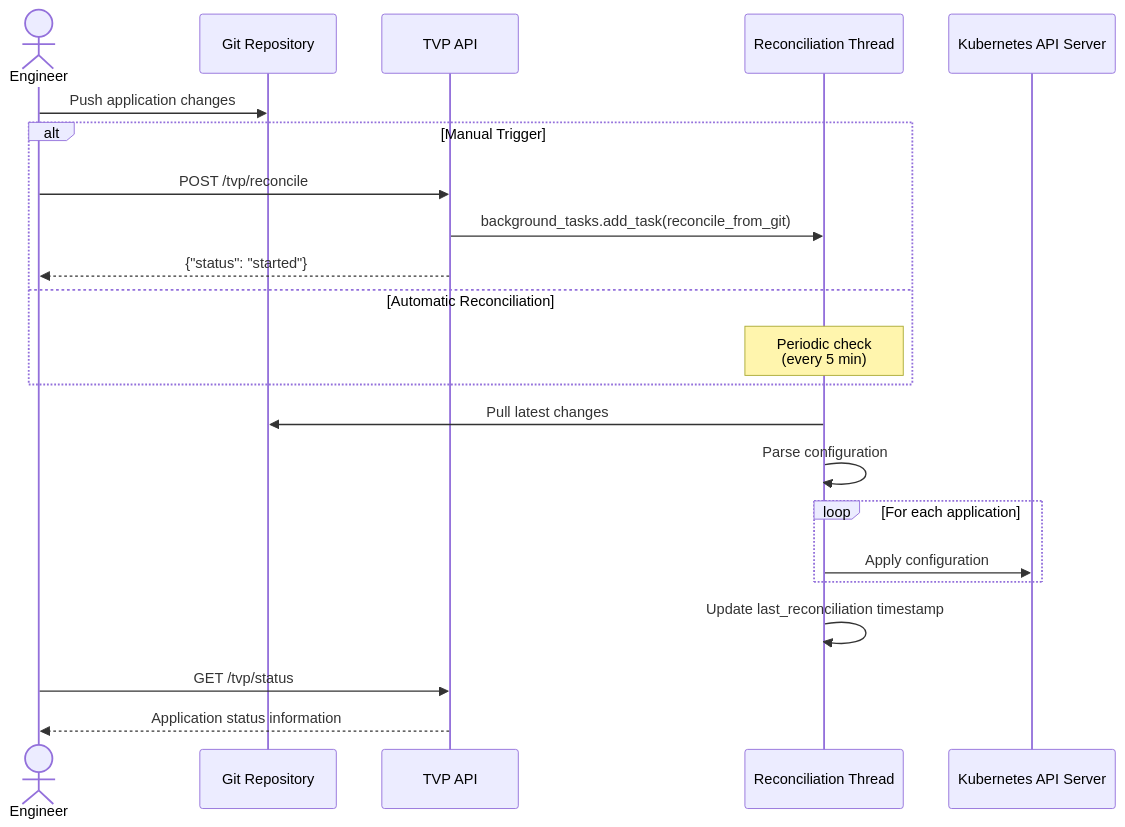
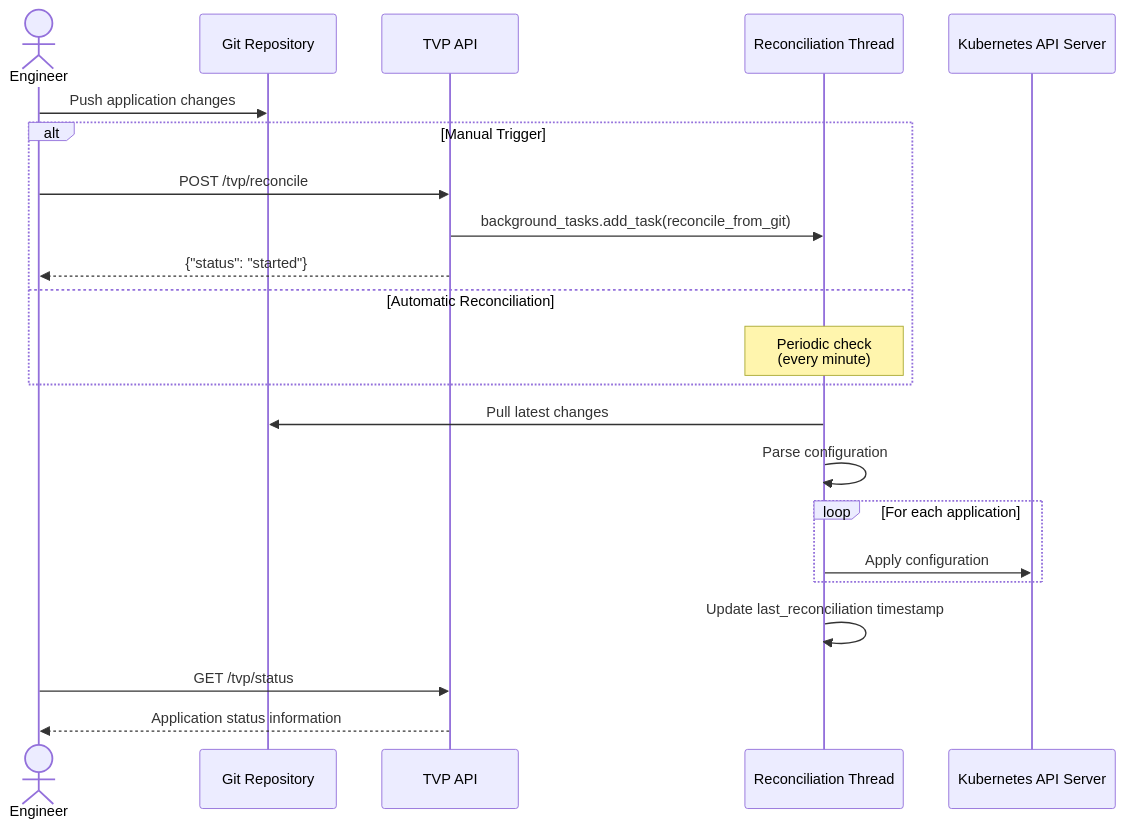
The second of 11 diagrams in README.md (lloydchang/tvp-k8s), drawn with Mermaid before and after one commit. The commit also changed 1 other file, not shown here.

````diff
--- a/README.md
+++ b/README.md
@@ -358,30 +358,30 @@
 ```mermaid
 sequenceDiagram
     actor Eng as Engineer
     participant Git as Git Repository
     participant TVP as TVP API
     participant Thread as Reconciliation Thread
     participant Kubernetes as Kubernetes API Server
     
     Eng->>Git: Push application changes
     
     alt Manual Trigger
         Eng->>TVP: POST /tvp/reconcile
         TVP->>Thread: background_tasks.add_task(reconcile_from_git)
         TVP-->>Eng: {"status": "started"}
     else Automatic Reconciliation
-        Note over Thread: Periodic check<br>(every 5 min)
+        Note over Thread: Periodic check<br>(every minute)
     end
     
     Thread->>Git: Pull latest changes
     Thread->>Thread: Parse configuration
     
     loop For each application
         Thread->>Kubernetes: Apply configuration
     end
     
     Thread->>Thread: Update last_reconciliation timestamp
     
     Eng->>TVP: GET /tvp/status
     TVP-->>Eng: Application status information
 ```
````
